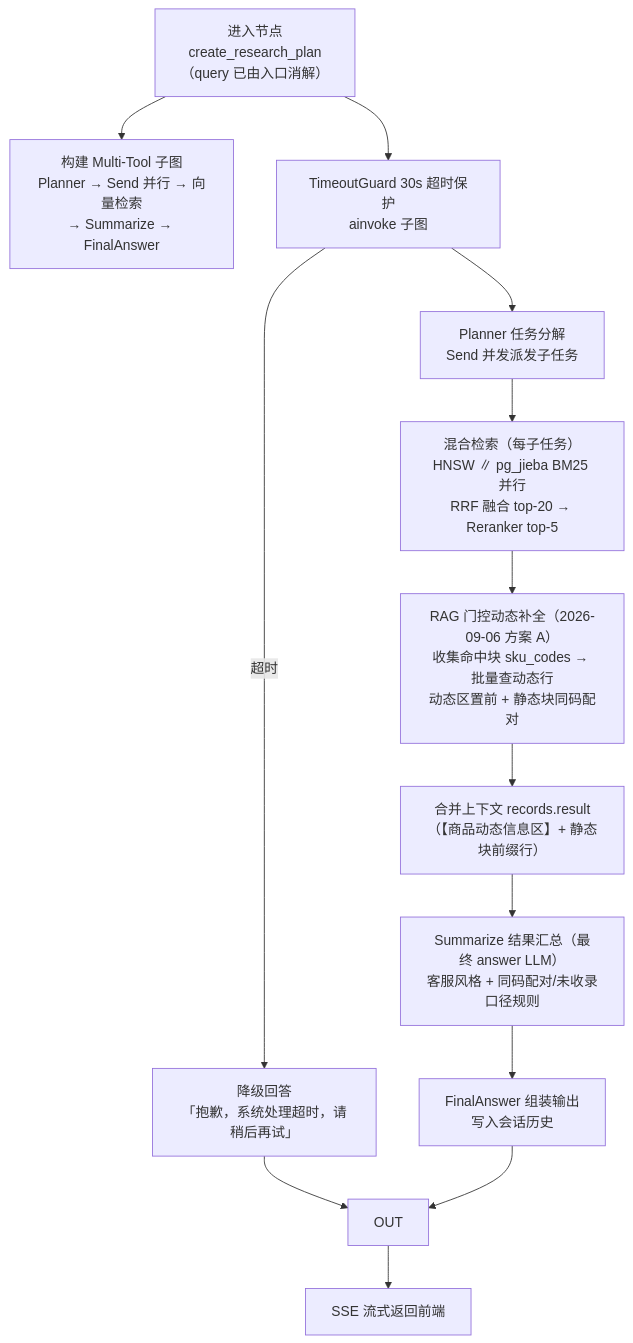
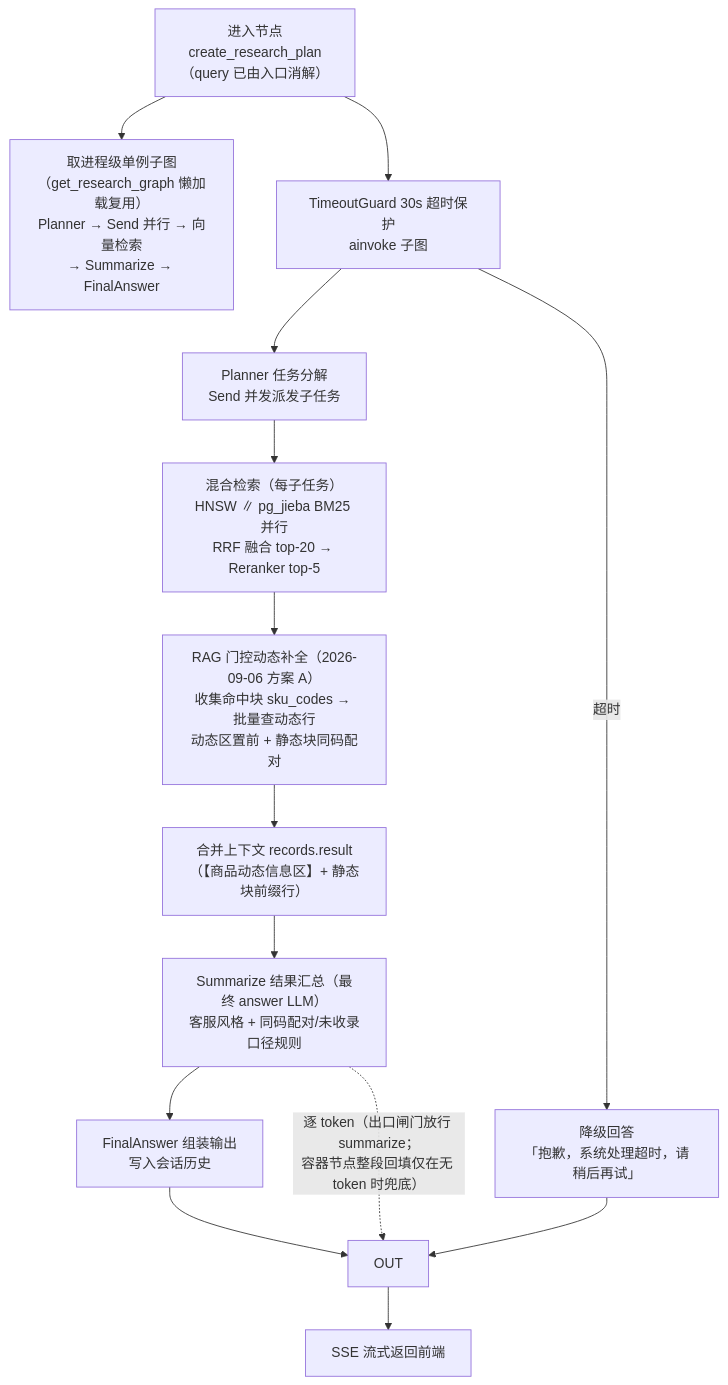
One commit to blowt16/SmartCS-Agent changed diagram 31 of 36 in docs/PROJECT_ANALYSIS.md. Above: the diagram before and after it, drawn with Mermaid. The commit also changed other lines of this file, not shown here.

First line of the commit message:
[docs] PROJECT_ANALYSIS 2026-09-18 同步：§4.4 售前模块按代码实测更新（单例/流式/planner 边界）

````diff
--- a/docs/PROJECT_ANALYSIS.md
+++ b/docs/PROJECT_ANALYSIS.md
@@ -904,15 +908,16 @@
 ```mermaid
 flowchart TD
-    A["进入节点<br/>create_research_plan<br/>（query 已由入口消解）"] --> B["构建 Multi-Tool 子图<br/>Planner → Send 并行 → 向量检索<br/>→ Summarize → FinalAnswer"]
+    A["进入节点<br/>create_research_plan<br/>（query 已由入口消解）"] --> B["取进程级单例子图<br/>（get_research_graph 懒加载复用）<br/>Planner → Send 并行 → 向量检索<br/>→ Summarize → FinalAnswer"]
     A --> R["TimeoutGuard 30s 超时保护<br/>ainvoke 子图"]
     R --> S2["Planner 任务分解<br/>Send 并发派发子任务"]
     S2 --> S3["混合检索（每子任务）<br/>HNSW ∥ pg_jieba BM25 并行<br/>RRF 融合 top-20 → Reranker top-5"]
     S3 --> S3B["RAG 门控动态补全（2026-09-06 方案 A）<br/>收集命中块 sku_codes → 批量查动态行<br/>动态区置前 + 静态块同码配对"]
     S3B --> S4["合并上下文 records.result<br/>（【商品动态信息区】+ 静态块前缀行）"]
     S4 --> S5["Summarize 结果汇总（最终 answer LLM）<br/>客服风格 + 同码配对/未收录口径规则"]
     S5 --> S7["FinalAnswer 组装输出<br/>写入会话历史"]
+    S5 -.->|"逐 token（出口闸门放行 summarize；<br/>容器节点整段回填仅在无 token 时兜底）"| OUT
     R -->|"超时"| S1B["降级回答<br/>「抱歉，系统处理超时，请稍后再试」"]
     S1B --> OUT
     S7 --> OUT
     OUT --> END["SSE 流式返回前端"]
 ```
````
